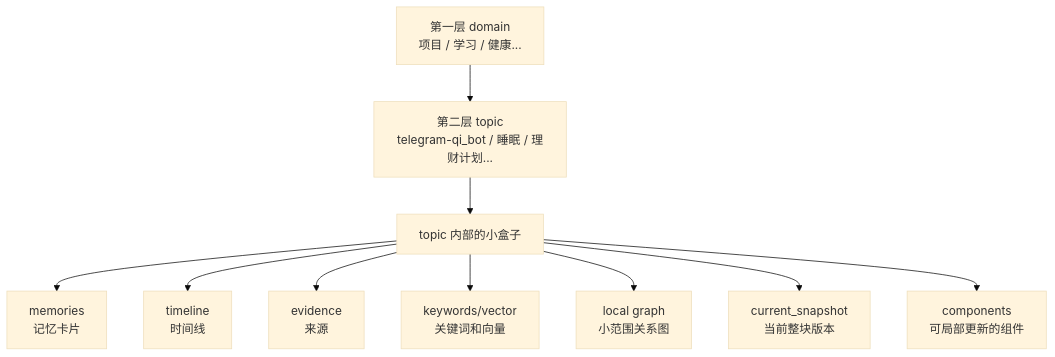
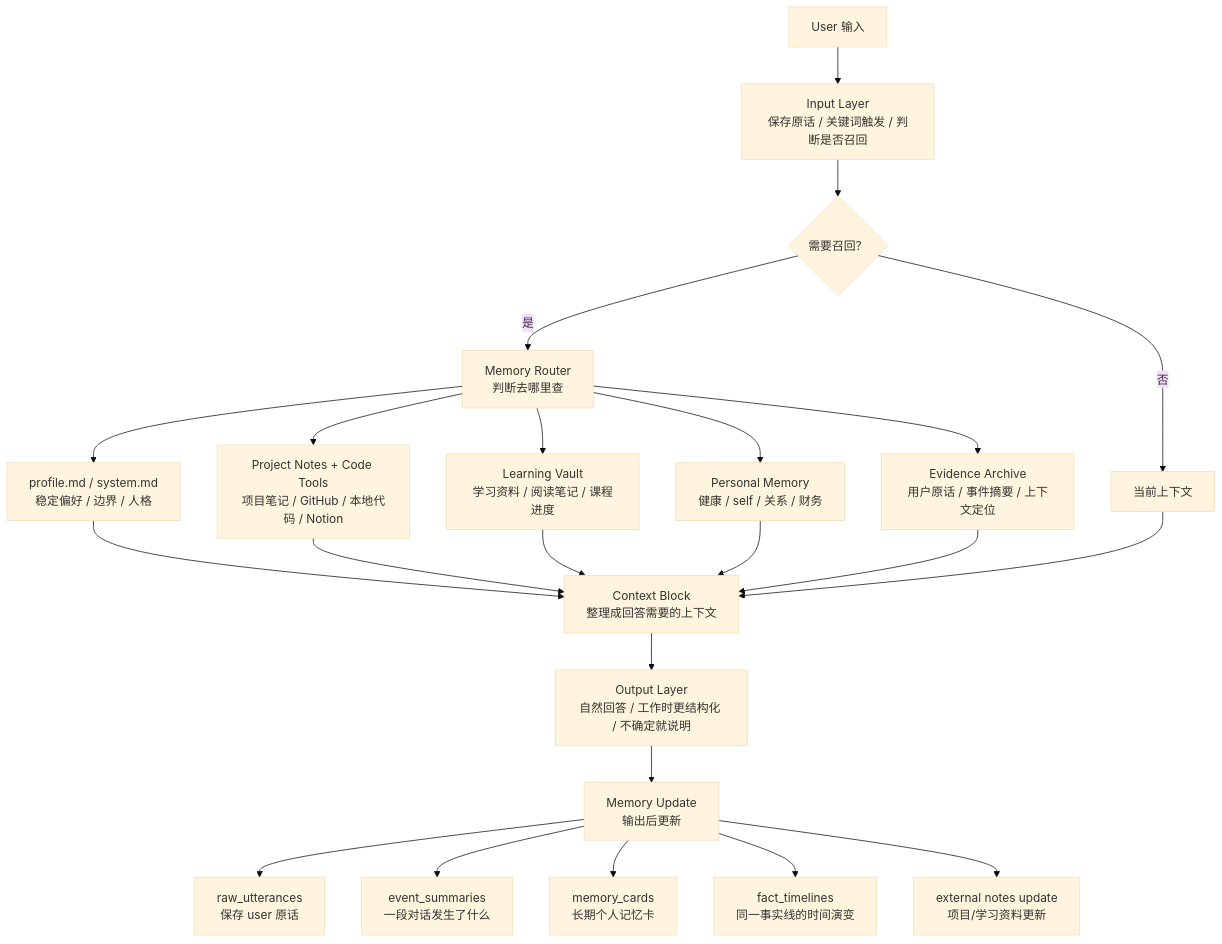
The diagram in plan.md (piup9911-crypto/telegram-qi_bot), drawn with Mermaid (base theme) before and after one commit. The commit also changed other lines of this file, not shown here.

Commit message:
Refine memory plan around router and timeline model

````diff
--- a/plan.md
+++ b/plan.md
@@ -118,13 +36,32 @@
 ```mermaid
 flowchart TD
-  D["第一层 domain<br/>项目 / 学习 / 健康..."] --> T["第二层 topic<br/>telegram-qi_bot / 睡眠 / 理财计划..."]
-  T --> B["topic 内部的小盒子"]
+  U["User 输入"] --> I["Input Layer<br/>保存原话 / 关键词触发 / 判断是否召回"]
 
-  B --> M["memories<br/>记忆卡片"]
-  B --> TL["timeline<br/>时间线"]
-  B --> E["evidence<br/>来源"]
-  B --> K["keywords/vector<br/>关键词和向量"]
-  B --> G["local graph<br/>小范围关系图"]
-  B --> S["current_snapshot<br/>当前整块版本"]
-  B --> C["components<br/>可局部更新的组件"]
+  I --> R{"需要召回？"}
+
+  R -->|"否"| C["当前上下文"]
+  R -->|"是"| MR["Memory Router<br/>判断去哪里查"]
+
+  MR --> P["profile.md / system.md<br/>稳定偏好 / 边界 / 人格"]
+  MR --> PN["Project Notes + Code Tools<br/>项目笔记 / GitHub / 本地代码 / Notion"]
+  MR --> LV["Learning Vault<br/>学习资料 / 阅读笔记 / 课程进度"]
+  MR --> PM["Personal Memory<br/>健康 / self / 关系 / 财务"]
+  MR --> EV["Evidence Archive<br/>用户原话 / 事件摘要 / 上下文定位"]
+
+  P --> CB["Context Block<br/>整理成回答需要的上下文"]
+  PN --> CB
+  LV --> CB
+  PM --> CB
+  EV --> CB
+  C --> CB
+
+  CB --> O["Output Layer<br/>自然回答 / 工作时更结构化 / 不确定就说明"]
+
+  O --> MU["Memory Update<br/>输出后更新"]
+
+  MU --> RAW["raw_utterances<br/>保存 user 原话"]
+  MU --> ES["event_summaries<br/>一段对话发生了什么"]
+  MU --> MC["memory_cards<br/>长期个人记忆卡"]
+  MU --> TL["fact_timelines<br/>同一事实线的时间演变"]
+  MU --> EXT["external notes update<br/>项目/学习资料更新"]
 ```
````
